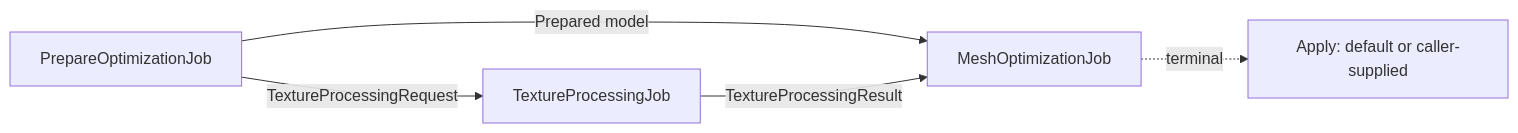
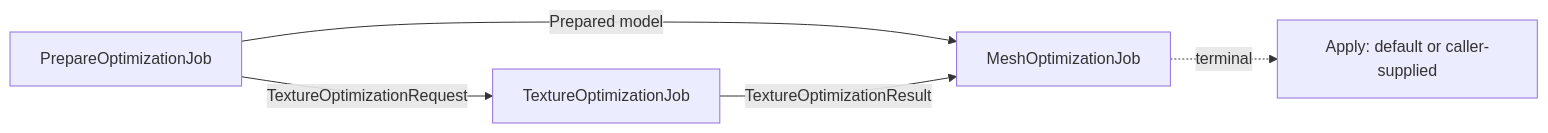
One commit to NVIDIAGameWorks/toolkit-remix changed the first of 2 diagrams in source/extensions/lightspeed.trex.asset_pipeline.core/docs/README.md. Above: the diagram before and after it, drawn with Mermaid. The commit also changed other lines of this file and 154 other files, not shown here.

````diff
--- a/source/extensions/lightspeed.trex.asset_pipeline.core/docs/README.md
+++ b/source/extensions/lightspeed.trex.asset_pipeline.core/docs/README.md
@@ -143,12 +150,12 @@
 ```mermaid
 flowchart LR
     P[PrepareOptimizationJob]
-    T[TextureProcessingJob]
+    T[TextureOptimizationJob]
     M[MeshOptimizationJob]
     A[Apply: default or caller-supplied]
 
-    P -->|TextureProcessingRequest| T
+    P -->|TextureOptimizationRequest| T
     P -->|Prepared model| M
-    T -->|TextureProcessingResult| M
+    T -->|TextureOptimizationResult| M
     M -.->|terminal| A
 ```
````
